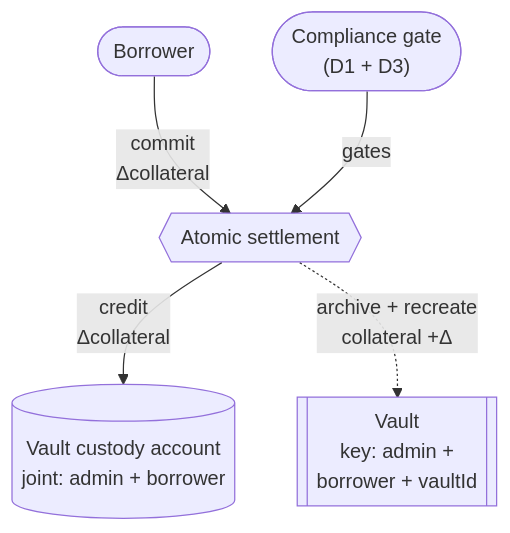
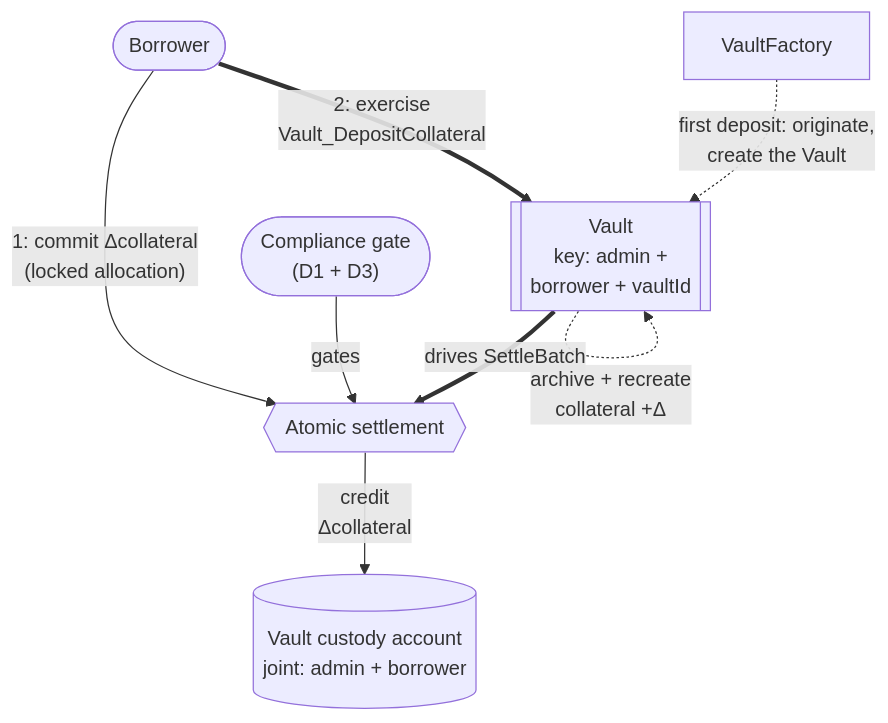
One commit to OpenZeppelin/canton-specs changed the third of 7 diagrams in docs/reference-architectures/lending.md. Above: the diagram before and after it, drawn with Mermaid. The commit also changed other lines of this file, not shown here.

````diff
--- a/docs/reference-architectures/lending.md
+++ b/docs/reference-architectures/lending.md
@@ -176,13 +288,17 @@
 ```mermaid
 flowchart TD
     Borrower([Borrower])
     Compliance(["Compliance gate<br/>(D1 + D3)"])
+    Vault[["Vault<br/>key: admin +<br/>borrower + vaultId"]]
     Settle{{Atomic settlement}}
     Custody[("Vault custody account<br/>joint: admin + borrower")]
-    Vault[["Vault<br/>key: admin +<br/>borrower + vaultId"]]
+    Factory["VaultFactory"]
 
-    Borrower -->|"commit<br/>Δcollateral"| Settle
+    Borrower -->|"1: commit Δcollateral<br/>(locked allocation)"| Settle
+    Borrower ==>|"2: exercise<br/>Vault_DepositCollateral"| Vault
     Compliance -->|"gates"| Settle
+    Vault ==>|"drives SettleBatch"| Settle
     Settle -->|"credit<br/>Δcollateral"| Custody
-    Settle -.->|"archive + recreate<br/>collateral +Δ"| Vault
+    Vault -.->|"archive + recreate<br/>collateral +Δ"| Vault
+    Factory -.->|"first deposit: originate,<br/>create the Vault"| Vault
 ```
````
